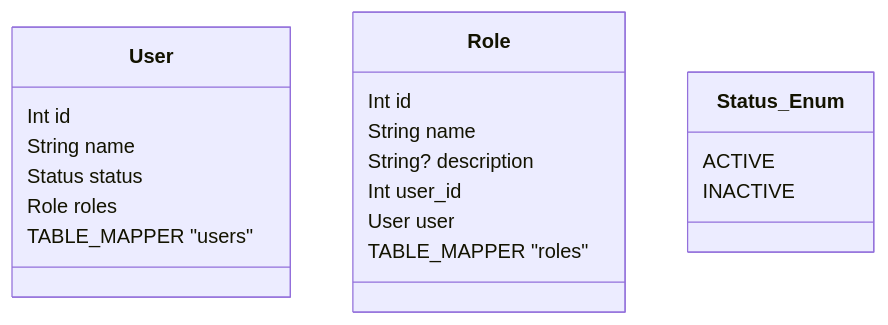
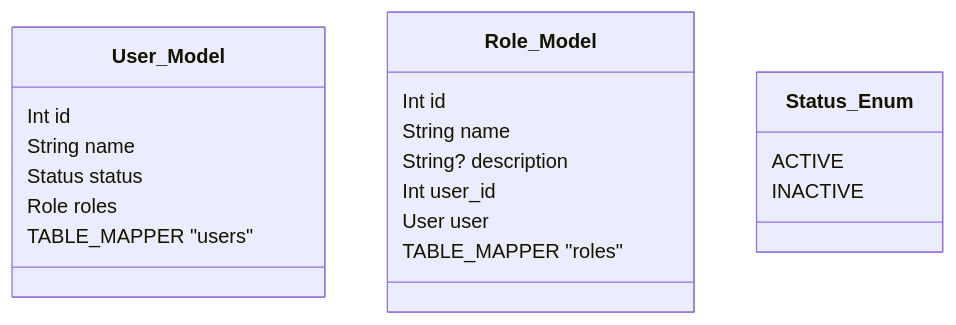
The diagram in public/output.mmd (Raisess/reflective-mermaid), drawn with Mermaid before and after one commit. The commit also changed 1 other file, not shown here.

```diff
--- a/public/output.mmd
+++ b/public/output.mmd
@@ -1,20 +1,20 @@
 classDiagram
-	class User {
+	class User_Model {
 		Int id
 		String name
 		Status status
 		Role roles
 		TABLE_MAPPER "users"
 	}
-	class Role {
+	class Role_Model {
 		Int id
 		String name
 		String? description
 		Int user_id
 		User user
 		TABLE_MAPPER "roles"
 	}
 	class Status_Enum {
 		ACTIVE
 		INACTIVE
 	}
```
